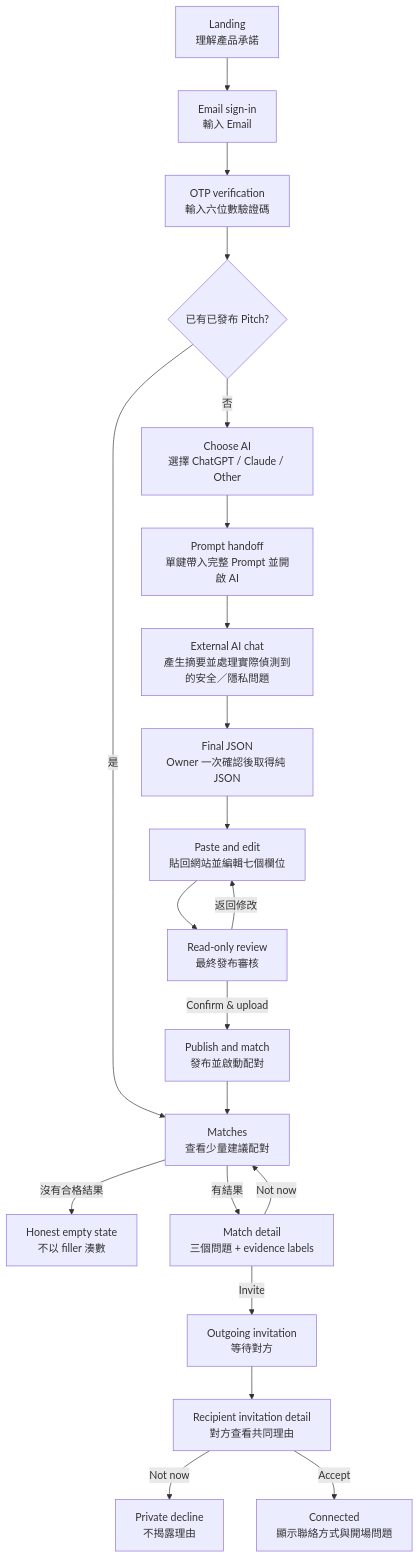
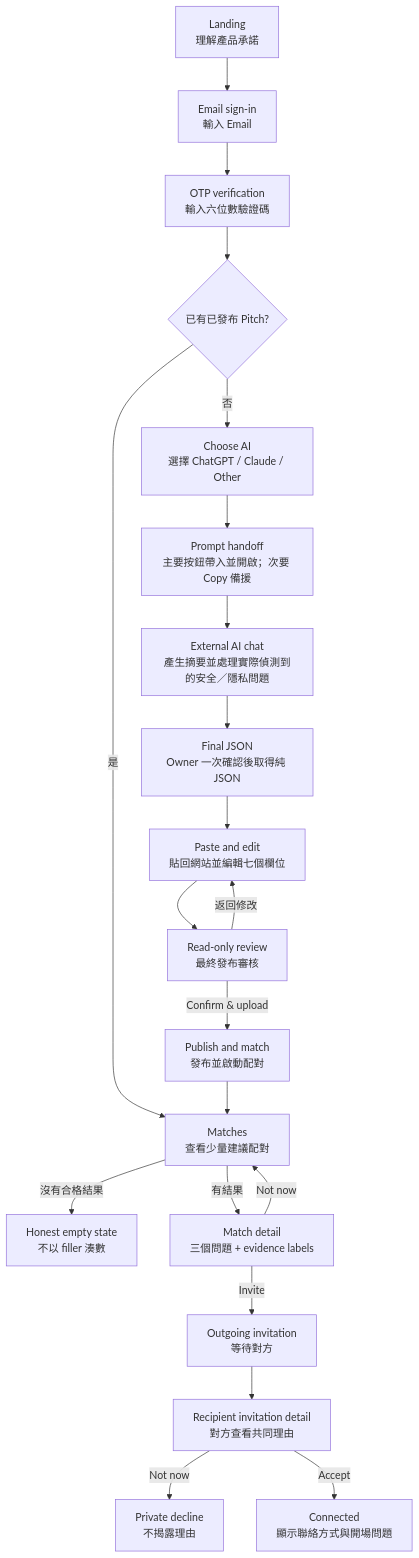
The diagram in docs/pm/customer-flow-and-page-inventory.md (stantheman070911/futuremode), drawn with Mermaid before and after one commit. The commit also changed other lines of this file and 35 other files, not shown here.

Commit message:
feat: complete judge-ready owner pitch flow

````diff
--- a/docs/pm/customer-flow-and-page-inventory.md
+++ b/docs/pm/customer-flow-and-page-inventory.md
@@ -24,23 +24,23 @@
 ```mermaid
 flowchart TD
     A[Landing<br/>理解產品承諾] --> B[Email sign-in<br/>輸入 Email]
     B --> C[OTP verification<br/>輸入六位數驗證碼]
     C --> D{已有已發布 Pitch?}
     D -- 是 --> K[Matches<br/>查看少量建議配對]
     D -- 否 --> E[Choose AI<br/>選擇 ChatGPT / Claude / Other]
-    E --> F[Prompt handoff<br/>單鍵帶入完整 Prompt 並開啟 AI]
+    E --> F[Prompt handoff<br/>主要按鈕帶入並開啟；次要 Copy 備援]
     F --> G[External AI chat<br/>產生摘要並處理實際偵測到的安全／隱私問題]
     G --> H[Final JSON<br/>Owner 一次確認後取得純 JSON]
     H --> I[Paste and edit<br/>貼回網站並編輯七個欄位]
     I --> J[Read-only review<br/>最終發布審核]
     J -- 返回修改 --> I
     J -- Confirm & upload --> L[Publish and match<br/>發布並啟動配對]
     L --> K
     K -- 沒有合格結果 --> K0[Honest empty state<br/>不以 filler 湊數]
     K -- 有結果 --> M[Match detail<br/>三個問題 + evidence labels]
     M -- Not now --> K
     M -- Invite --> N[Outgoing invitation<br/>等待對方]
     N --> O[Recipient invitation detail<br/>對方查看共同理由]
     O -- Not now --> N0[Private decline<br/>不揭露理由]
     O -- Accept --> P[Connected<br/>顯示聯絡方式與開場問題]
 ```
````
